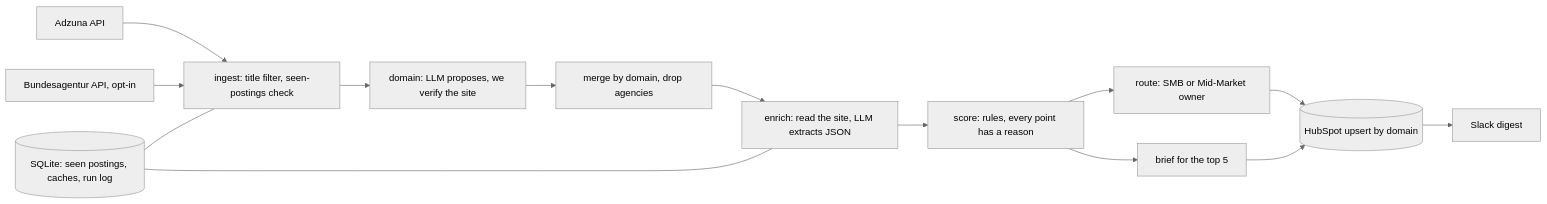
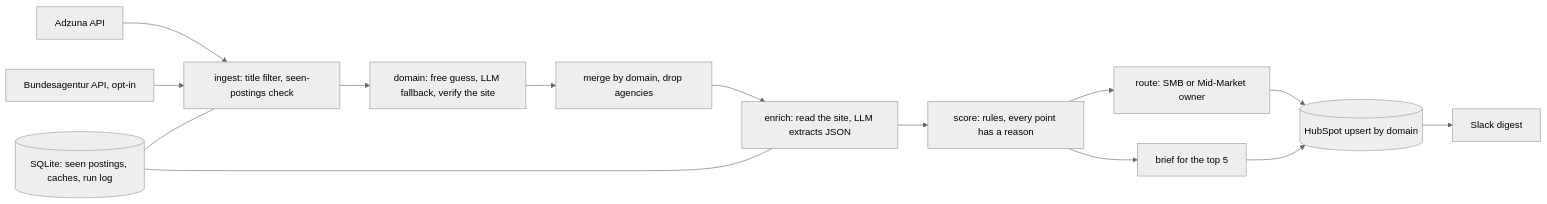
One commit to AshrafAhmed9/secfix-signal-radar changed the diagram in README.md. Above: the diagram before and after it, drawn with Mermaid (neutral theme). The commit also changed other lines of this file and 1 other file, not shown here.

````diff
--- a/README.md
+++ b/README.md
@@ -23,16 +25,16 @@
 ```mermaid
 flowchart LR
     A[Adzuna API] --> I[ingest: title filter, seen-postings check]
     B[Bundesagentur API, opt-in] --> I
-    I --> D[domain: LLM proposes, we verify the site]
+    I --> D[domain: free guess, LLM fallback, verify the site]
     D --> M[merge by domain, drop agencies]
     M --> E[enrich: read the site, LLM extracts JSON]
     E --> S[score: rules, every point has a reason]
     S --> R[route: SMB or Mid-Market owner]
     R --> H[(HubSpot upsert by domain)]
     S --> BR[brief for the top 5]
     BR --> H
     H --> SL[Slack digest]
     X[(SQLite: seen postings, caches, run log)] --- I
     X --- E
 ```
````
